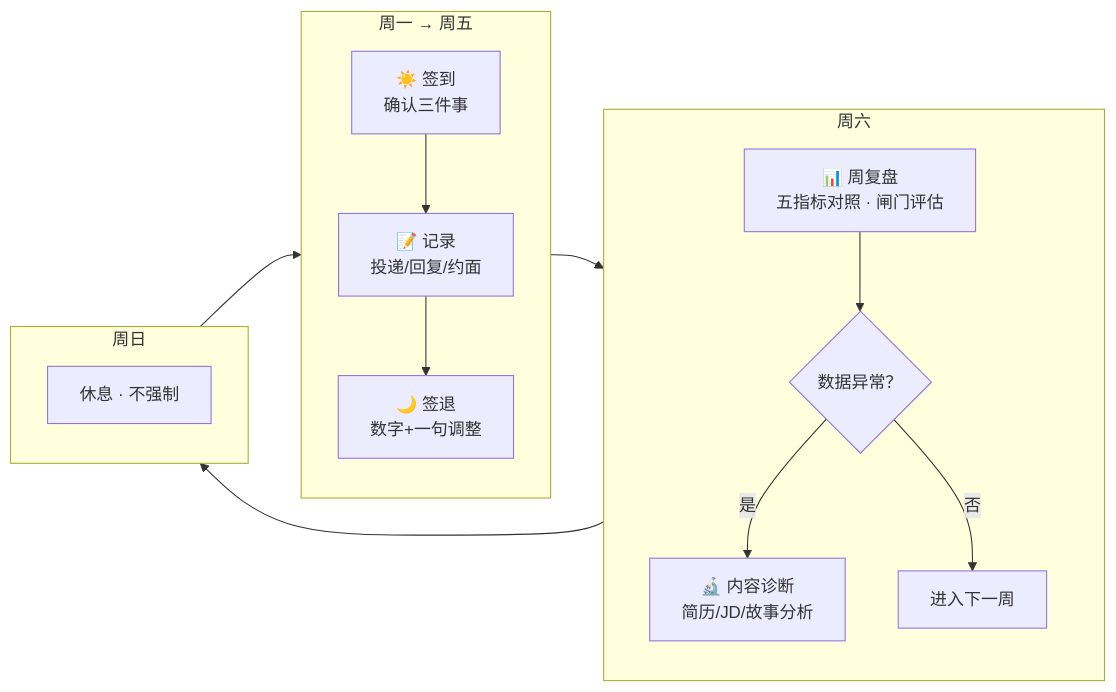
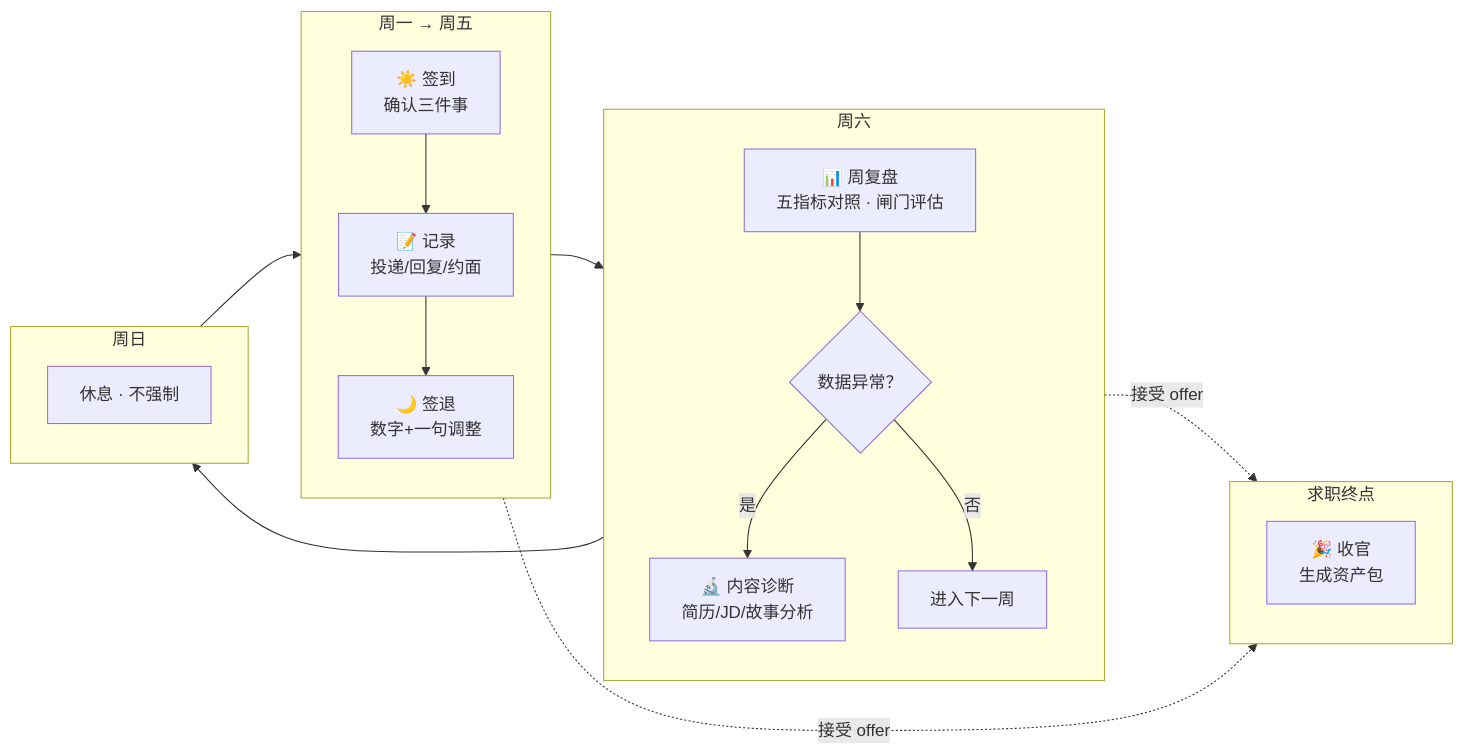
Before and after one commit to tangzzz-fan/career-coach-claude-skill: the third of 3 diagrams in README.md, drawn with Mermaid. The commit also changed other lines of this file and 2 other files, not shown here.

````diff
--- a/README.md
+++ b/README.md
@@ -123,21 +167,27 @@
 ```mermaid
 flowchart LR
     subgraph 周一至周五["周一 → 周五"]
         direction TB
         W1["☀️ 签到<br/>确认三件事"] --> W2["📝 记录<br/>投递/回复/约面"]
         W2 --> W3["🌙 签退<br/>数字+一句调整"]
     end
 
     subgraph 周六["周六"]
         direction TB
         S1["📊 周复盘<br/>五指标对照 · 闸门评估"] --> S2{"数据异常？"}
         S2 -->|"是"| S3["🔬 内容诊断<br/>简历/JD/故事分析"]
         S2 -->|"否"| S4["进入下一周"]
     end
 
     subgraph 周日["周日"]
         Z1["休息 · 不强制"]
     end
 
+    subgraph 终点["求职终点"]
+        E1["🎉 收官<br/>生成资产包"]
+    end
+
     周一至周五 --> 周六 --> 周日 --> 周一至周五
+    周六 -.->|"接受 offer"| 终点
+    周一至周五 -.->|"接受 offer"| 终点
 ```
````
